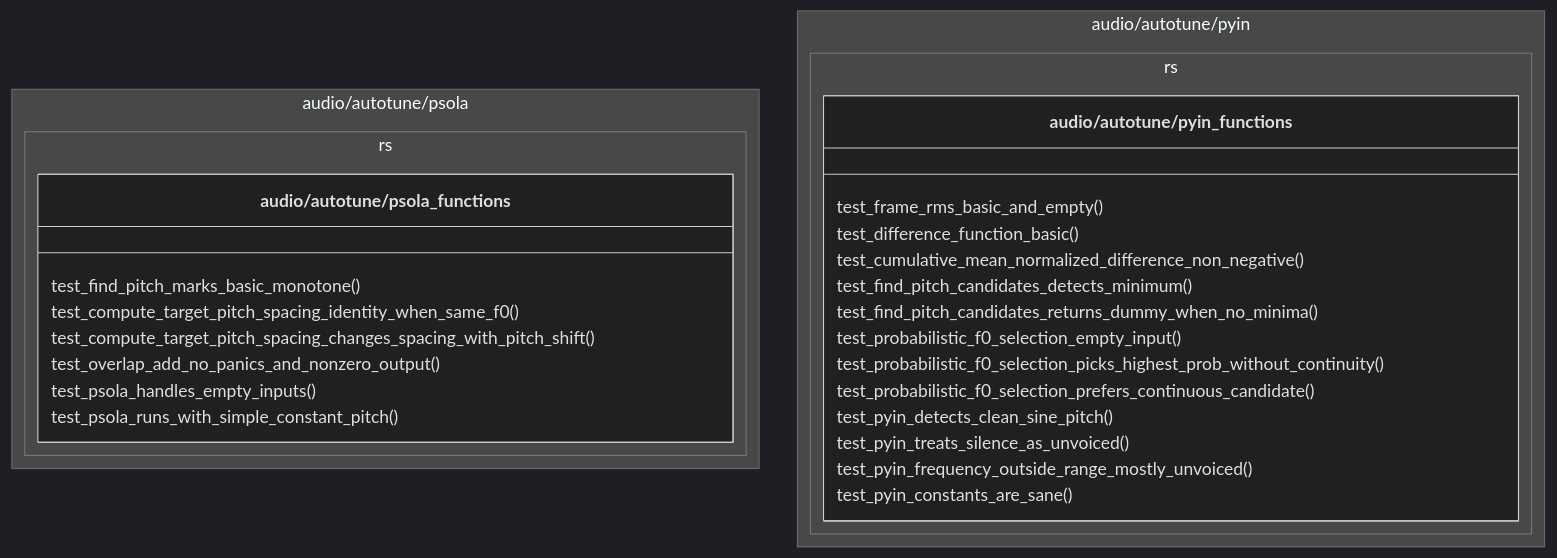
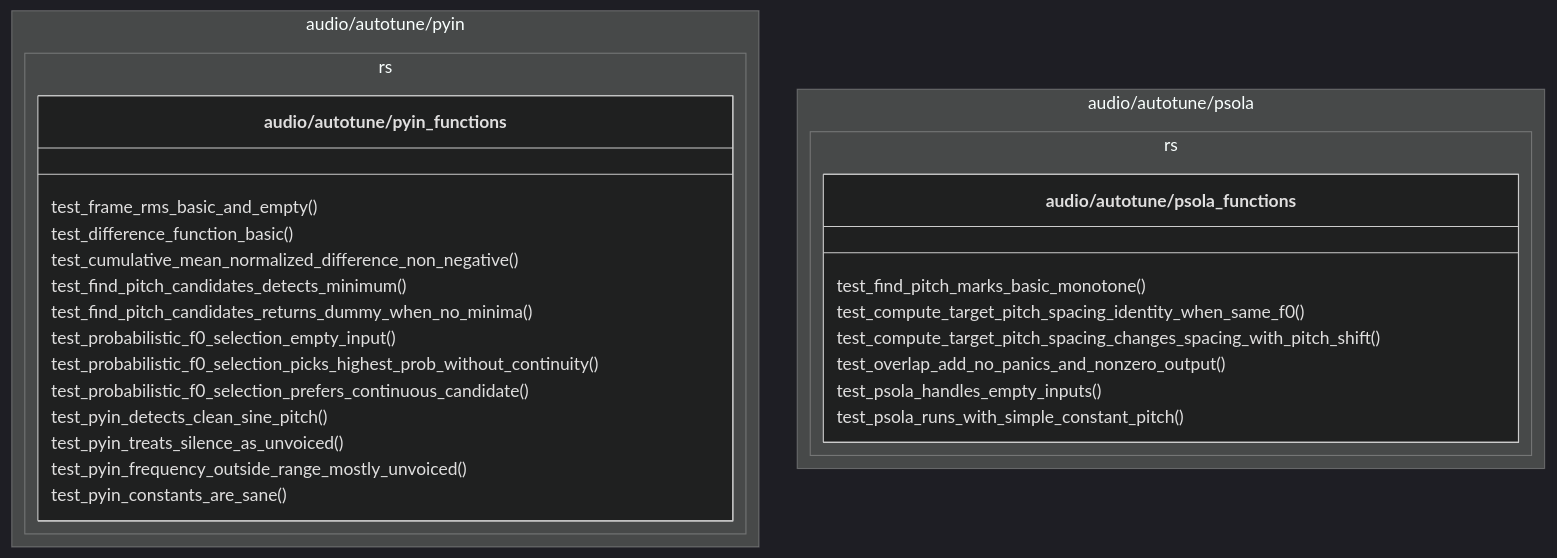
One commit to ryanbays/autotune changed the diagram in diagrams/diagram_tests.mmd. Above: the diagram before and after it, drawn with Mermaid. The commit also changed other lines of this file and 5 other files, not shown here.

```diff
--- a/diagrams/diagram_tests.mmd
+++ b/diagrams/diagram_tests.mmd
@@ -1,37 +1,37 @@
 ---
 config:
   title: Project Tests
   layout: elk
   theme: dark
   elk:
     mergeEdges: true
     nodePlacementStrategy: BRANDES_KOEPF
 ---
 classDiagram
     direction TB
-    namespace `audio/autotune/psola.rs` {
-        class `audio/autotune/psola_functions` {
-            test_find_pitch_marks_basic_monotone()
-            test_compute_target_pitch_spacing_identity_when_same_f0()
-            test_compute_target_pitch_spacing_changes_spacing_with_pitch_shift()
-            test_overlap_add_no_panics_and_nonzero_output()
-            test_psola_handles_empty_inputs()
-            test_psola_runs_with_simple_constant_pitch()
-        }
-    }
     namespace `audio/autotune/pyin.rs` {
         class `audio/autotune/pyin_functions` {
             test_frame_rms_basic_and_empty()
             test_difference_function_basic()
             test_cumulative_mean_normalized_difference_non_negative()
             test_find_pitch_candidates_detects_minimum()
             test_find_pitch_candidates_returns_dummy_when_no_minima()
             test_probabilistic_f0_selection_empty_input()
             test_probabilistic_f0_selection_picks_highest_prob_without_continuity()
             test_probabilistic_f0_selection_prefers_continuous_candidate()
             test_pyin_detects_clean_sine_pitch()
             test_pyin_treats_silence_as_unvoiced()
             test_pyin_frequency_outside_range_mostly_unvoiced()
             test_pyin_constants_are_sane()
         }
     }
+    namespace `audio/autotune/psola.rs` {
+        class `audio/autotune/psola_functions` {
+            test_find_pitch_marks_basic_monotone()
+            test_compute_target_pitch_spacing_identity_when_same_f0()
+            test_compute_target_pitch_spacing_changes_spacing_with_pitch_shift()
+            test_overlap_add_no_panics_and_nonzero_output()
+            test_psola_handles_empty_inputs()
+            test_psola_runs_with_simple_constant_pitch()
+        }
+    }
```
